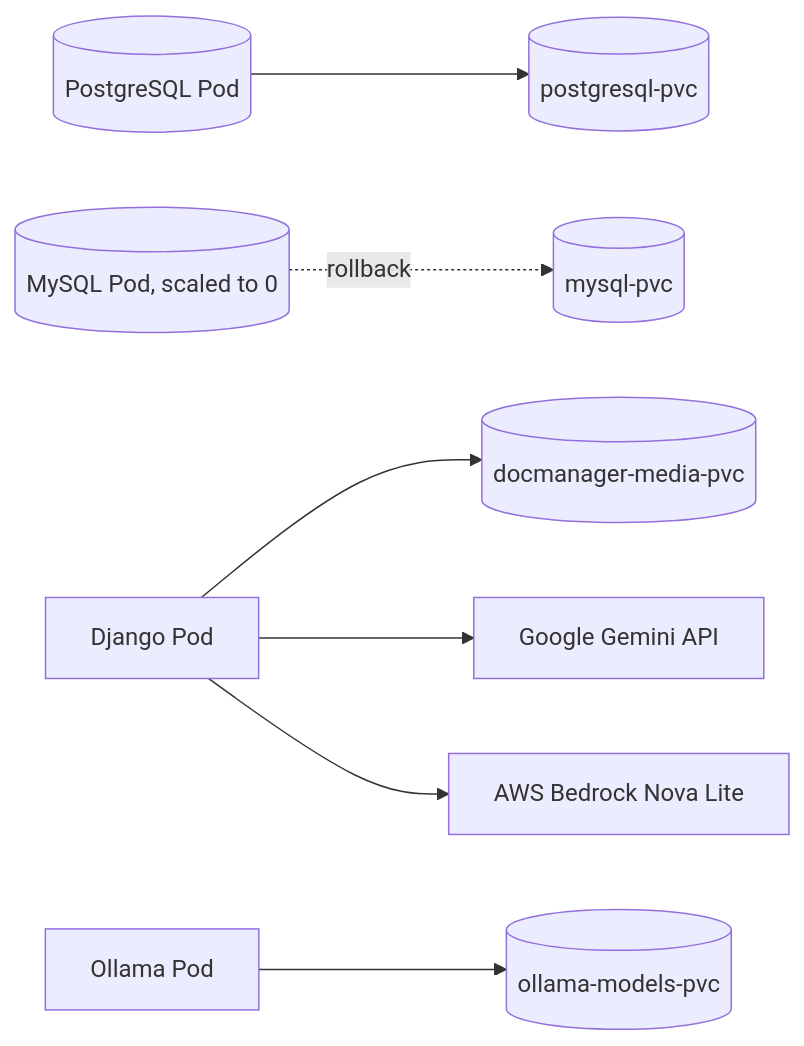
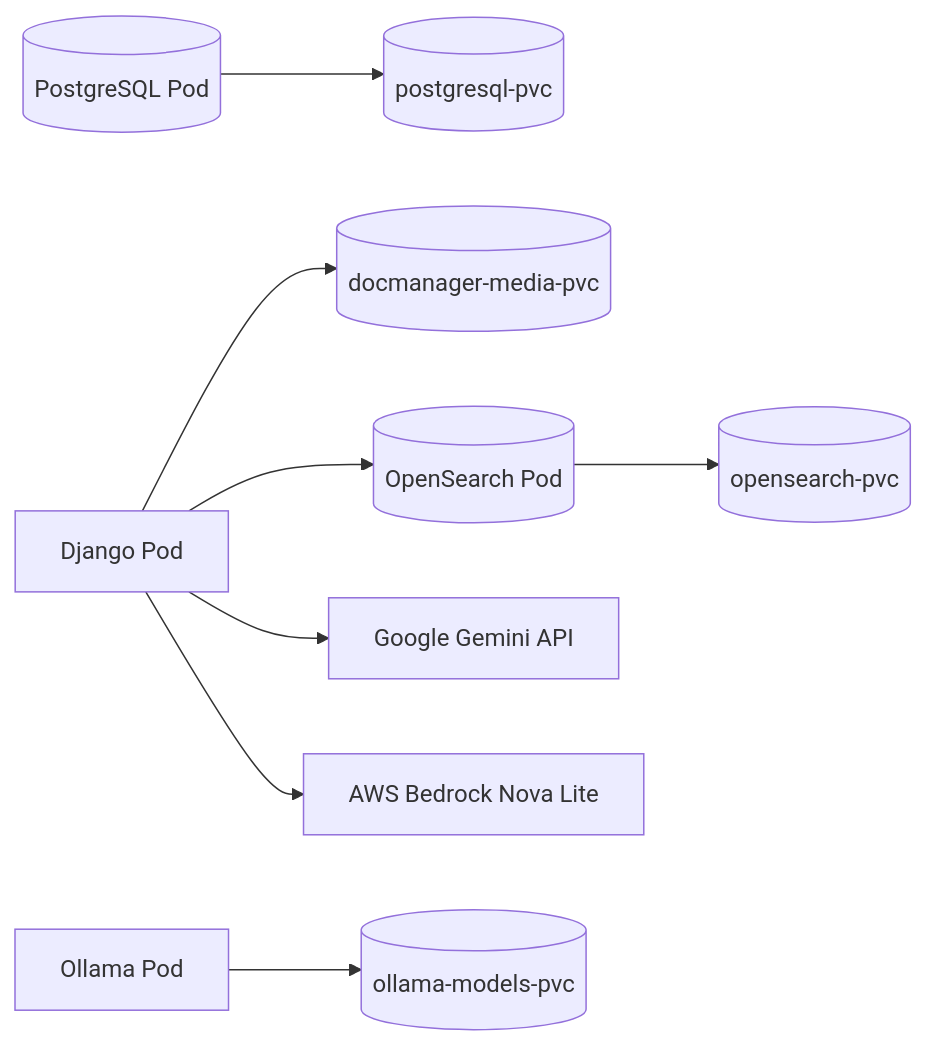
The third of 3 diagrams in docs/deployment.md (khaliqueaws-creator/document-management), drawn with Mermaid before and after one commit. The commit also changed other lines of this file and 8 other files, not shown here.

Commit message:
Update docs for PostgreSQL and OpenSearch stack

````diff
--- a/docs/deployment.md
+++ b/docs/deployment.md
@@ -240,9 +225,10 @@
 ```mermaid
 flowchart LR
     PostgreSQL[(PostgreSQL Pod)] --> DBPVC[(postgresql-pvc)]
-    MySQL[(MySQL Pod, scaled to 0)] -. rollback .-> MySQLPVC[(mysql-pvc)]
+    OpenSearch[(OpenSearch Pod)] --> SearchPVC[(opensearch-pvc)]
     Django[Django Pod] --> MediaPVC[(docmanager-media-pvc)]
     Ollama[Ollama Pod] --> ModelPVC[(ollama-models-pvc)]
+    Django --> OpenSearch
     Django --> Gemini[Google Gemini API]
     Django --> Bedrock[AWS Bedrock Nova Lite]
 ```
````
